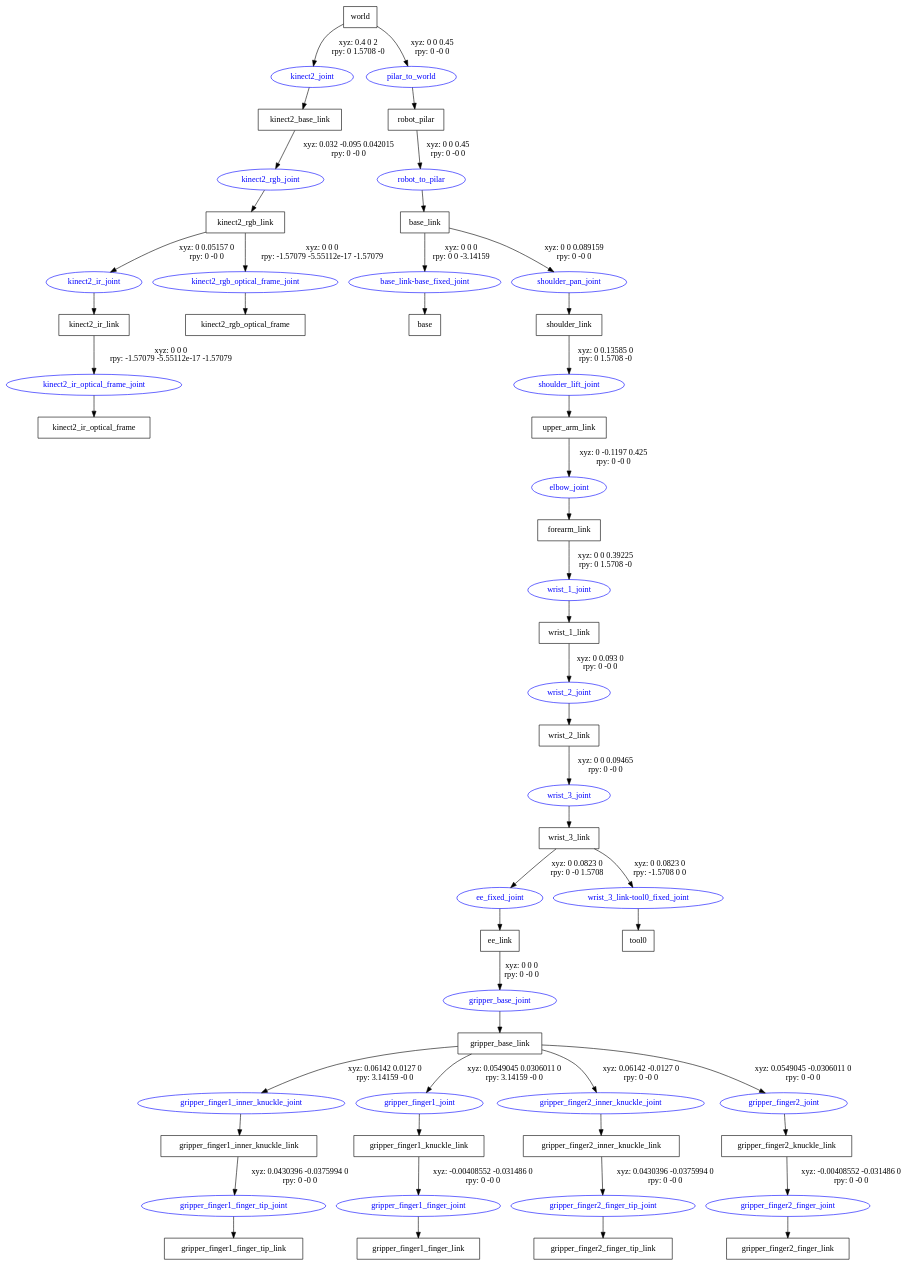
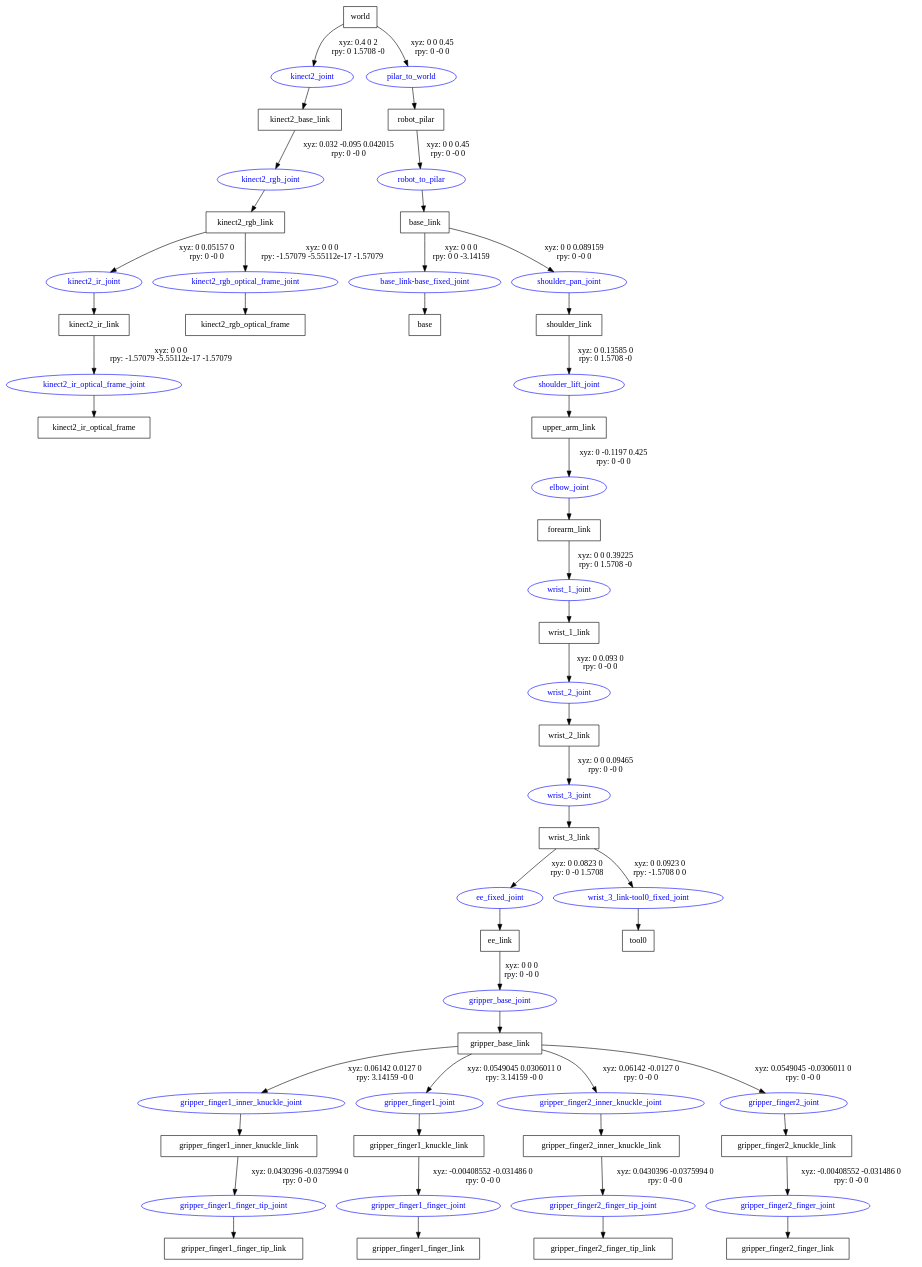
One commit to KongLiubo/moveit_urdf_ws changed the diagram in src/ur5_grasping_demo/ur5_arm_description/urdf/ur5.gv. Above: the diagram before and after it, drawn with Graphviz. The commit also changed 4 other files, not shown here.

```diff
--- a/src/ur5_grasping_demo/ur5_arm_description/urdf/ur5.gv
+++ b/src/ur5_grasping_demo/ur5_arm_description/urdf/ur5.gv
@@ -1,80 +1,80 @@
 digraph G {
 node [shape=box];
 "world" [label="world"];
 "kinect2_base_link" [label="kinect2_base_link"];
 "kinect2_rgb_link" [label="kinect2_rgb_link"];
 "kinect2_ir_link" [label="kinect2_ir_link"];
 "kinect2_ir_optical_frame" [label="kinect2_ir_optical_frame"];
 "kinect2_rgb_optical_frame" [label="kinect2_rgb_optical_frame"];
 "robot_pilar" [label="robot_pilar"];
 "base_link" [label="base_link"];
 "base" [label="base"];
 "shoulder_link" [label="shoulder_link"];
 "upper_arm_link" [label="upper_arm_link"];
 "forearm_link" [label="forearm_link"];
 "wrist_1_link" [label="wrist_1_link"];
 "wrist_2_link" [label="wrist_2_link"];
 "wrist_3_link" [label="wrist_3_link"];
 "ee_link" [label="ee_link"];
 "gripper_base_link" [label="gripper_base_link"];
 "gripper_finger1_inner_knuckle_link" [label="gripper_finger1_inner_knuckle_link"];
 "gripper_finger1_finger_tip_link" [label="gripper_finger1_finger_tip_link"];
 "gripper_finger1_knuckle_link" [label="gripper_finger1_knuckle_link"];
 "gripper_finger1_finger_link" [label="gripper_finger1_finger_link"];
 "gripper_finger2_inner_knuckle_link" [label="gripper_finger2_inner_knuckle_link"];
 "gripper_finger2_finger_tip_link" [label="gripper_finger2_finger_tip_link"];
 "gripper_finger2_knuckle_link" [label="gripper_finger2_knuckle_link"];
 "gripper_finger2_finger_link" [label="gripper_finger2_finger_link"];
 "tool0" [label="tool0"];
 node [shape=ellipse, color=blue, fontcolor=blue];
 "world" -> "kinect2_joint" [label="xyz: 0.4 0 2 \nrpy: 0 1.5708 -0"]
 "kinect2_joint" -> "kinect2_base_link"
 "kinect2_base_link" -> "kinect2_rgb_joint" [label="xyz: 0.032 -0.095 0.042015 \nrpy: 0 -0 0"]
 "kinect2_rgb_joint" -> "kinect2_rgb_link"
 "kinect2_rgb_link" -> "kinect2_ir_joint" [label="xyz: 0 0.05157 0 \nrpy: 0 -0 0"]
 "kinect2_ir_joint" -> "kinect2_ir_link"
 "kinect2_ir_link" -> "kinect2_ir_optical_frame_joint" [label="xyz: 0 0 0 \nrpy: -1.57079 -5.55112e-17 -1.57079"]
 "kinect2_ir_optical_frame_joint" -> "kinect2_ir_optical_frame"
 "kinect2_rgb_link" -> "kinect2_rgb_optical_frame_joint" [label="xyz: 0 0 0 \nrpy: -1.57079 -5.55112e-17 -1.57079"]
 "kinect2_rgb_optical_frame_joint" -> "kinect2_rgb_optical_frame"
 "world" -> "pilar_to_world" [label="xyz: 0 0 0.45 \nrpy: 0 -0 0"]
 "pilar_to_world" -> "robot_pilar"
 "robot_pilar" -> "robot_to_pilar" [label="xyz: 0 0 0.45 \nrpy: 0 -0 0"]
 "robot_to_pilar" -> "base_link"
 "base_link" -> "base_link-base_fixed_joint" [label="xyz: 0 0 0 \nrpy: 0 0 -3.14159"]
 "base_link-base_fixed_joint" -> "base"
 "base_link" -> "shoulder_pan_joint" [label="xyz: 0 0 0.089159 \nrpy: 0 -0 0"]
 "shoulder_pan_joint" -> "shoulder_link"
 "shoulder_link" -> "shoulder_lift_joint" [label="xyz: 0 0.13585 0 \nrpy: 0 1.5708 -0"]
 "shoulder_lift_joint" -> "upper_arm_link"
 "upper_arm_link" -> "elbow_joint" [label="xyz: 0 -0.1197 0.425 \nrpy: 0 -0 0"]
 "elbow_joint" -> "forearm_link"
 "forearm_link" -> "wrist_1_joint" [label="xyz: 0 0 0.39225 \nrpy: 0 1.5708 -0"]
 "wrist_1_joint" -> "wrist_1_link"
 "wrist_1_link" -> "wrist_2_joint" [label="xyz: 0 0.093 0 \nrpy: 0 -0 0"]
 "wrist_2_joint" -> "wrist_2_link"
 "wrist_2_link" -> "wrist_3_joint" [label="xyz: 0 0 0.09465 \nrpy: 0 -0 0"]
 "wrist_3_joint" -> "wrist_3_link"
 "wrist_3_link" -> "ee_fixed_joint" [label="xyz: 0 0.0823 0 \nrpy: 0 -0 1.5708"]
 "ee_fixed_joint" -> "ee_link"
 "ee_link" -> "gripper_base_joint" [label="xyz: 0 0 0 \nrpy: 0 -0 0"]
 "gripper_base_joint" -> "gripper_base_link"
 "gripper_base_link" -> "gripper_finger1_inner_knuckle_joint" [label="xyz: 0.06142 0.0127 0 \nrpy: 3.14159 -0 0"]
 "gripper_finger1_inner_knuckle_joint" -> "gripper_finger1_inner_knuckle_link"
 "gripper_finger1_inner_knuckle_link" -> "gripper_finger1_finger_tip_joint" [label="xyz: 0.0430396 -0.0375994 0 \nrpy: 0 -0 0"]
 "gripper_finger1_finger_tip_joint" -> "gripper_finger1_finger_tip_link"
 "gripper_base_link" -> "gripper_finger1_joint" [label="xyz: 0.0549045 0.0306011 0 \nrpy: 3.14159 -0 0"]
 "gripper_finger1_joint" -> "gripper_finger1_knuckle_link"
 "gripper_finger1_knuckle_link" -> "gripper_finger1_finger_joint" [label="xyz: -0.00408552 -0.031486 0 \nrpy: 0 -0 0"]
 "gripper_finger1_finger_joint" -> "gripper_finger1_finger_link"
 "gripper_base_link" -> "gripper_finger2_inner_knuckle_joint" [label="xyz: 0.06142 -0.0127 0 \nrpy: 0 -0 0"]
 "gripper_finger2_inner_knuckle_joint" -> "gripper_finger2_inner_knuckle_link"
 "gripper_finger2_inner_knuckle_link" -> "gripper_finger2_finger_tip_joint" [label="xyz: 0.0430396 -0.0375994 0 \nrpy: 0 -0 0"]
 "gripper_finger2_finger_tip_joint" -> "gripper_finger2_finger_tip_link"
 "gripper_base_link" -> "gripper_finger2_joint" [label="xyz: 0.0549045 -0.0306011 0 \nrpy: 0 -0 0"]
 "gripper_finger2_joint" -> "gripper_finger2_knuckle_link"
 "gripper_finger2_knuckle_link" -> "gripper_finger2_finger_joint" [label="xyz: -0.00408552 -0.031486 0 \nrpy: 0 -0 0"]
 "gripper_finger2_finger_joint" -> "gripper_finger2_finger_link"
-"wrist_3_link" -> "wrist_3_link-tool0_fixed_joint" [label="xyz: 0 0.0823 0 \nrpy: -1.5708 0 0"]
+"wrist_3_link" -> "wrist_3_link-tool0_fixed_joint" [label="xyz: 0 0.0923 0 \nrpy: -1.5708 0 0"]
 "wrist_3_link-tool0_fixed_joint" -> "tool0"
 }
```
